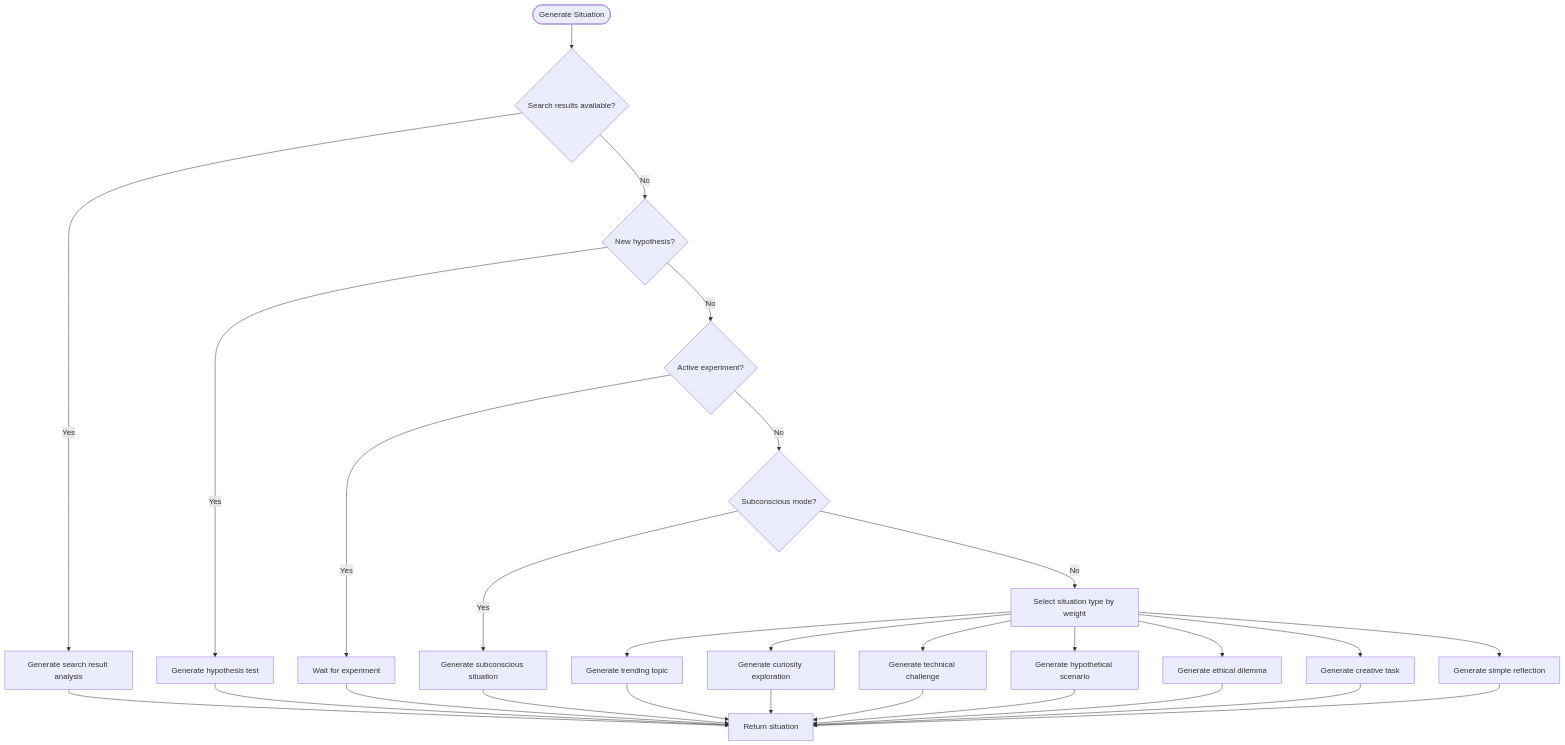
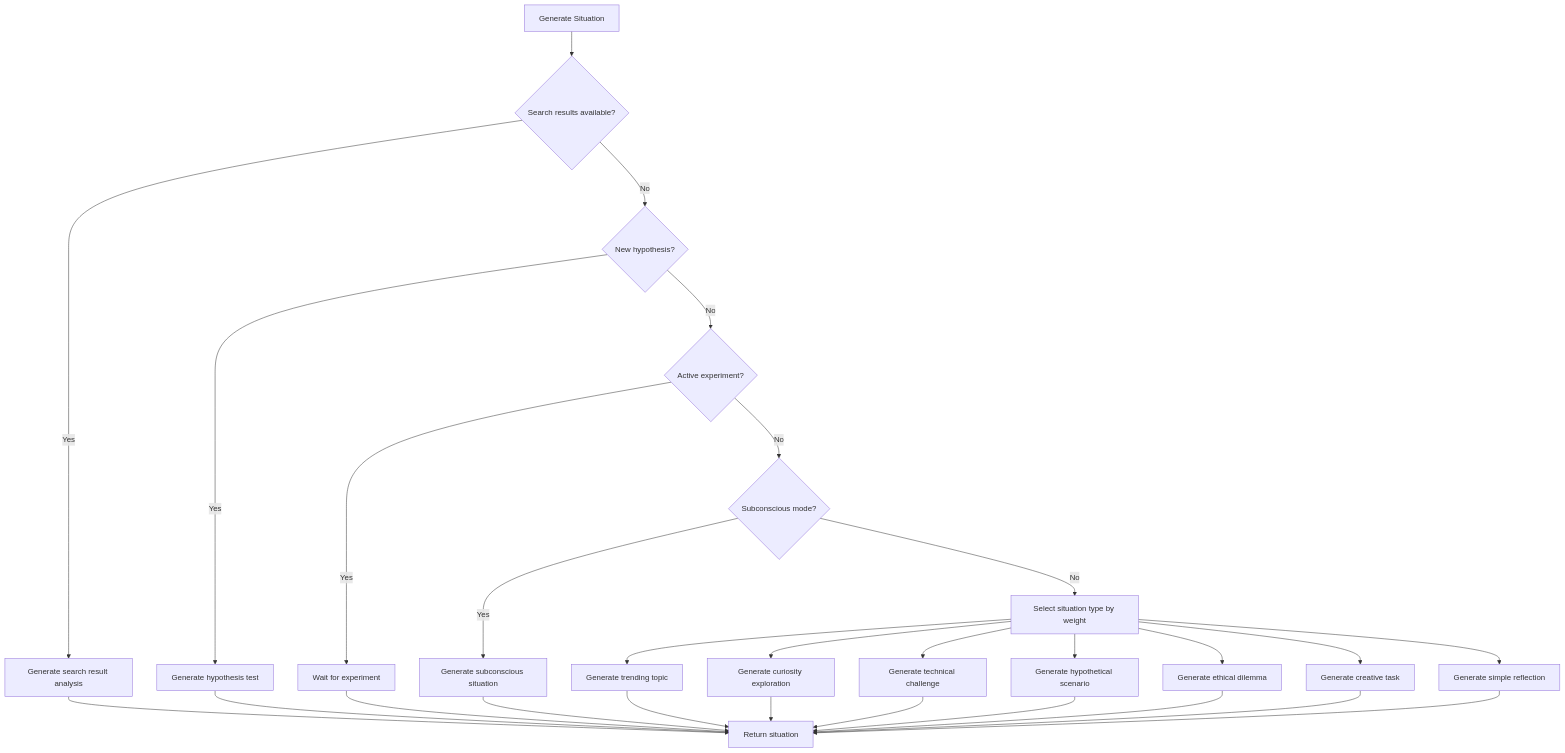
The third of 10 diagrams in docs/Architecture & Design/Data Flow and Lifecycle.md (Likhithsai2580/RAVANA-WIKI), drawn with Mermaid before and after one commit. The commit also changed other lines of this file and 52 other files, not shown here.

First line of the commit message:
chore(docs): update documentation content, fix Mermaid diagrams, and enhance README

````diff
--- a/docs/Architecture & Design/Data Flow and Lifecycle.md
+++ b/docs/Architecture & Design/Data Flow and Lifecycle.md
@@ -132,30 +132,30 @@
 ```mermaid
 flowchart TD
-Start([Generate Situation]) --> CheckSearchResults{"Search results available?"}
+Start["Generate Situation"] --> CheckSearchResults{"Search results available?"}
 CheckSearchResults --> |Yes| GenerateSearchResult[Generate search result analysis]
 CheckSearchResults --> |No| CheckHypothesis{"New hypothesis?"}
 CheckHypothesis --> |Yes| GenerateHypothesis[Generate hypothesis test]
 CheckHypothesis --> |No| CheckExperiment{"Active experiment?"}
 CheckExperiment --> |Yes| Wait[Wait for experiment]
 CheckExperiment --> |No| CheckSubconscious{"Subconscious mode?"}
 CheckSubconscious --> |Yes| GenerateSubconscious[Generate subconscious situation]
 CheckSubconscious --> |No| SelectType[Select situation type by weight]
 SelectType --> GenerateTrending[Generate trending topic]
 SelectType --> GenerateCuriosity[Generate curiosity exploration]
 SelectType --> GenerateTechnical[Generate technical challenge]
 SelectType --> GenerateHypothetical[Generate hypothetical scenario]
 SelectType --> GenerateEthical[Generate ethical dilemma]
 SelectType --> GenerateCreative[Generate creative task]
 SelectType --> GenerateReflection[Generate simple reflection]
 GenerateSearchResult --> Return[Return situation]
 GenerateHypothesis --> Return
 Wait --> Return
 GenerateSubconscious --> Return
 GenerateTrending --> Return
 GenerateCuriosity --> Return
 GenerateTechnical --> Return
 GenerateHypothetical --> Return
 GenerateEthical --> Return
 GenerateCreative --> Return
 GenerateReflection --> Return
 ```
````
